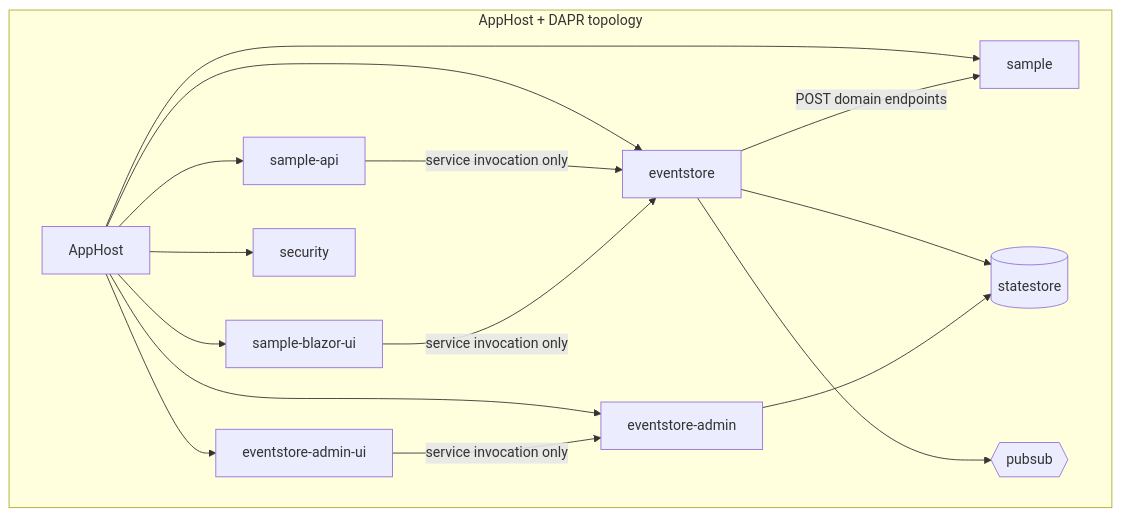
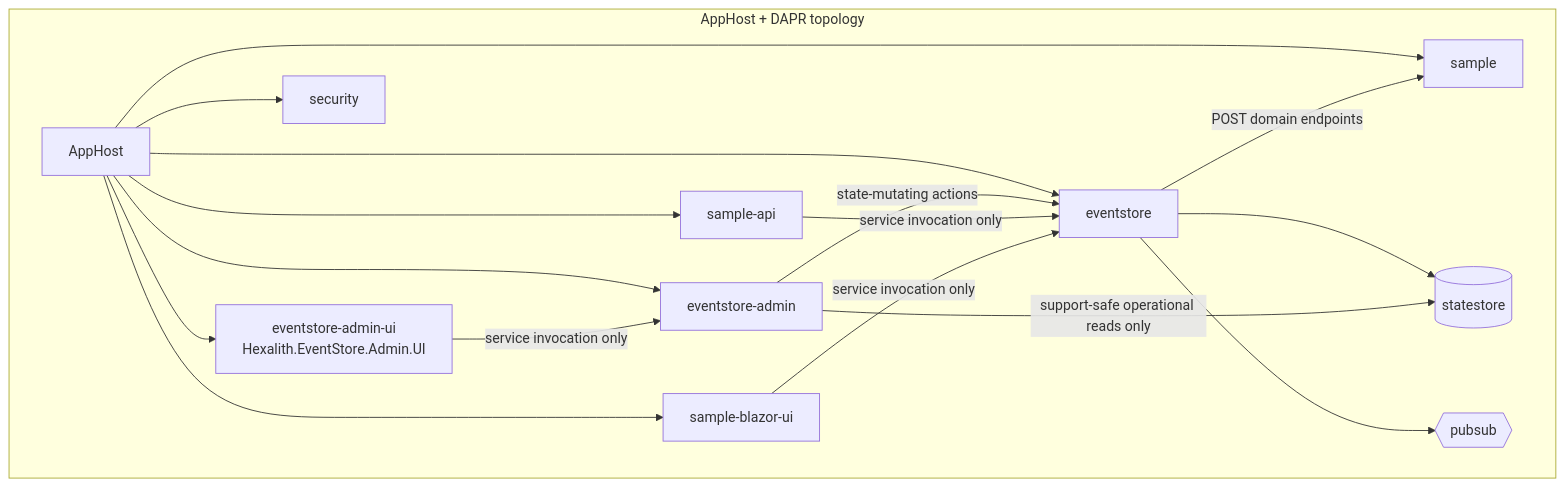
One commit to Hexalith/Hexalith.EventStore changed the third of 3 diagrams in _bmad-output/planning-artifacts/architecture.md. Above: the diagram before and after it, drawn with Mermaid. The commit also changed other lines of this file and 10 other files, not shown here.

````diff
--- a/_bmad-output/planning-artifacts/architecture.md
+++ b/_bmad-output/planning-artifacts/architecture.md
@@ -306,29 +352,30 @@
 ```mermaid
 flowchart TB
     subgraph LocalAndPublishTopology["AppHost + DAPR topology"]
         AppHost[AppHost]
         EventStore[eventstore]
         AdminServer[eventstore-admin]
-        AdminUI[eventstore-admin-ui]
+        AdminUI[eventstore-admin-ui<br/>Hexalith.EventStore.Admin.UI]
         Sample[sample]
         SampleApi[sample-api]
         SampleUI[sample-blazor-ui]
         Security[security]
         StateStore[(statestore)]
         PubSub{{pubsub}}
     end
     AppHost --> EventStore
     AppHost --> AdminServer
     AppHost --> AdminUI
     AppHost --> Sample
     AppHost --> SampleApi
     AppHost --> SampleUI
     AppHost --> Security
     EventStore --> StateStore
     EventStore --> PubSub
-    AdminServer --> StateStore
+    AdminServer -->|support-safe operational reads only| StateStore
+    AdminServer -->|state-mutating actions| EventStore
     SampleApi -->|service invocation only| EventStore
     SampleUI -->|service invocation only| EventStore
     AdminUI -->|service invocation only| AdminServer
     EventStore -->|POST domain endpoints| Sample
 ```
````
